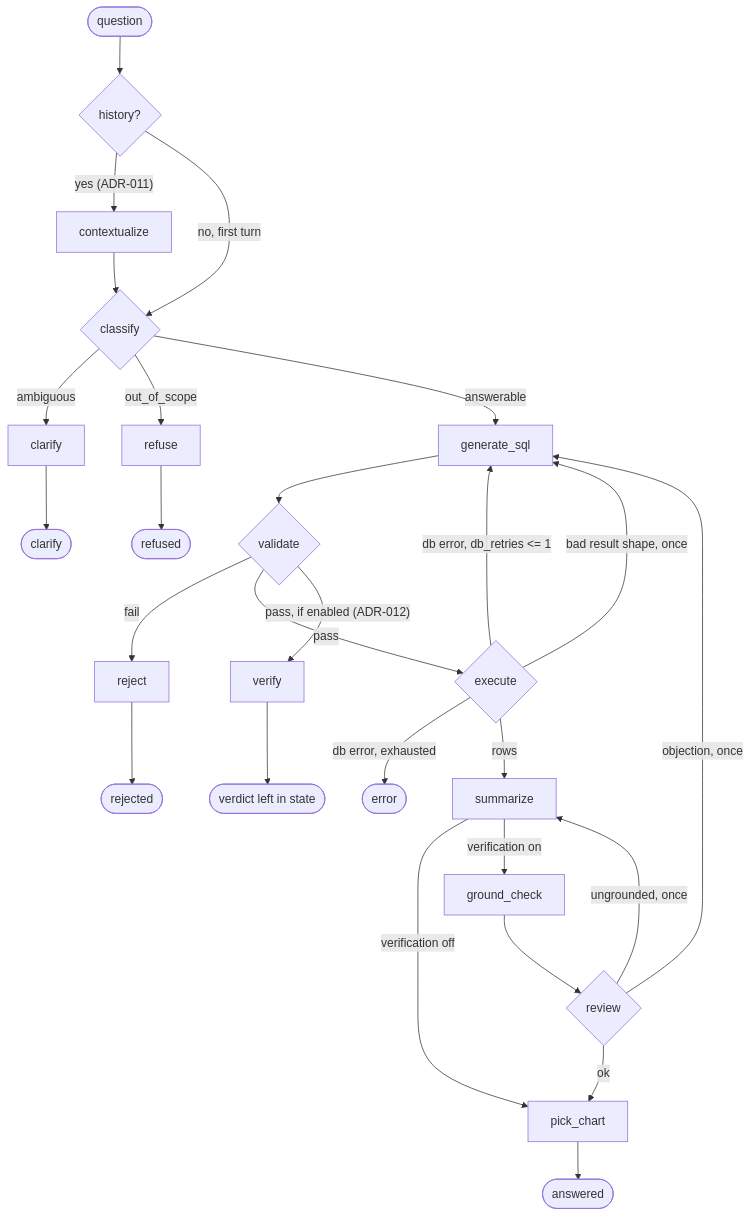
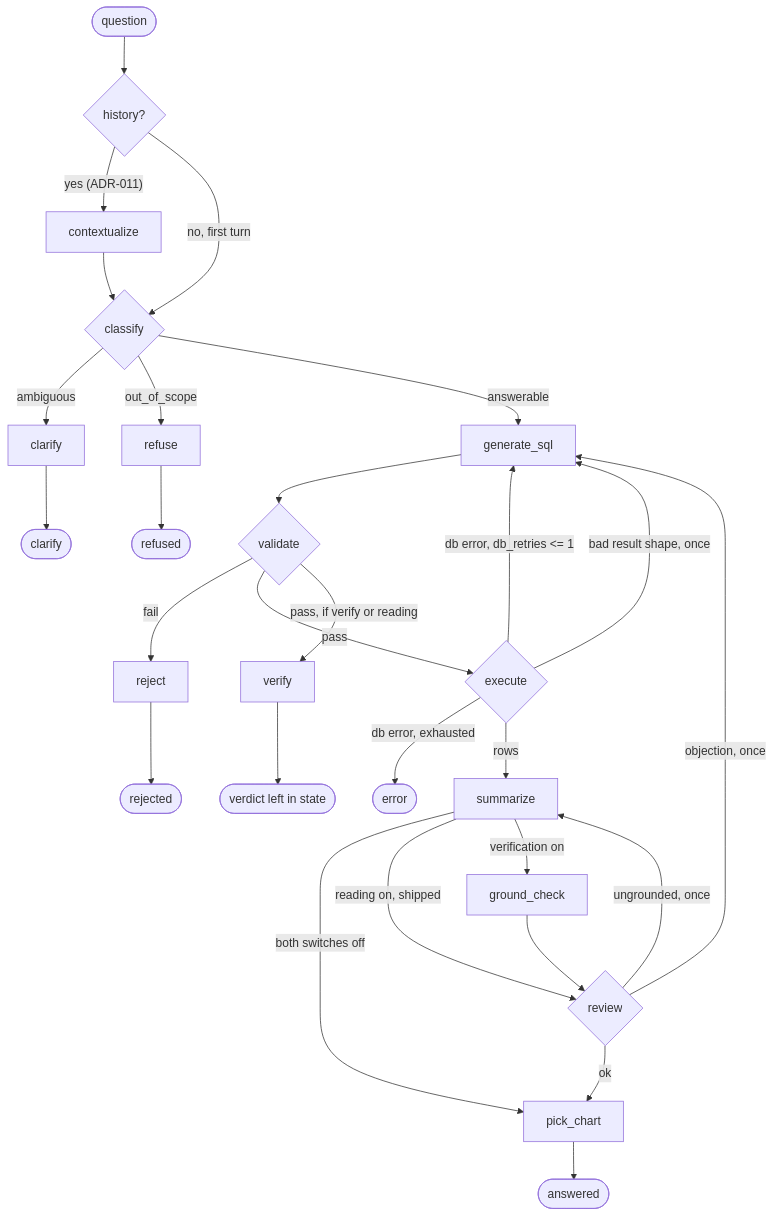
One commit to insafim/conversational-data-analyst changed the third of 4 diagrams in docs/ARCHITECTURE.md. Above: the diagram before and after it, drawn with Mermaid. The commit also changed other lines of this file and 2 other files, not shown here.

````diff
--- a/docs/ARCHITECTURE.md
+++ b/docs/ARCHITECTURE.md
@@ -263,29 +263,30 @@
 ```mermaid
 flowchart TD
     START([question]) --> CX{history?}
     CX -- "yes (ADR-011)" --> CTX[contextualize]
     CX -- "no, first turn" --> C
     CTX --> C{classify}
     C -- ambiguous --> CL[clarify]
     C -- out_of_scope --> RF[refuse]
     C -- answerable --> G[generate_sql]
     G --> V{validate}
     V -- fail --> RJ[reject]
     V -- pass --> E{execute}
-    V -- "pass, if enabled (ADR-012)" --> VF[verify]
+    V -- "pass, if verify or reading" --> VF[verify]
     VF --> DV([verdict left in state])
     E -- "db error, db_retries <= 1" --> G
     E -- "bad result shape, once" --> G
     E -- "db error, exhausted" --> ERR([error])
     E -- rows --> S[summarize]
-    S -- "verification off" --> P[pick_chart]
+    S -- "both switches off" --> P[pick_chart]
+    S -- "reading on, shipped" --> RV{review}
     S -- "verification on" --> GC[ground_check]
-    GC --> RV{review}
+    GC --> RV
     RV -- "objection, once" --> G
     RV -- "ungrounded, once" --> S
     RV -- ok --> P
     P --> D1([answered])
     CL --> D2([clarify])
     RF --> D3([refused])
     RJ --> D4([rejected])
 ```
````
